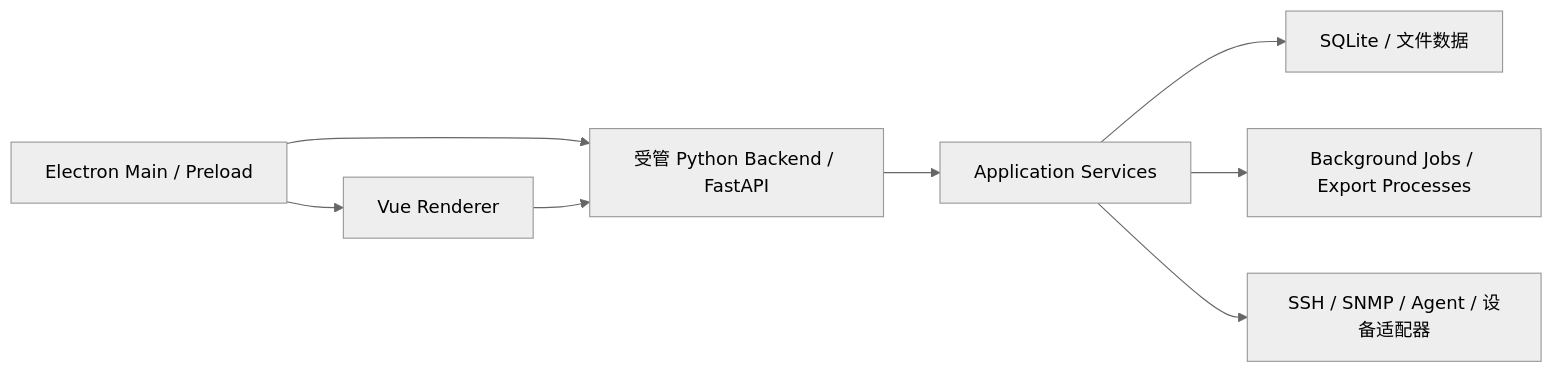
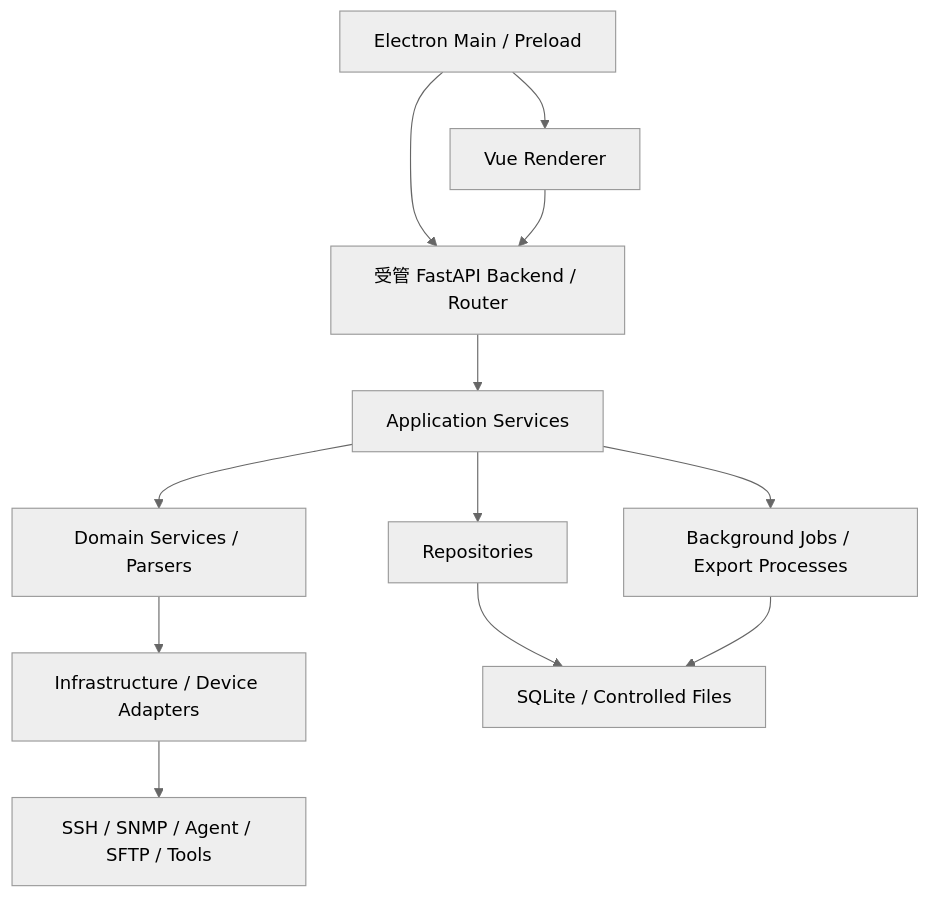
The diagram in README.md (wxj183589/NetConsole), drawn with Mermaid (neutral theme) before and after one commit. The commit also changed other lines of this file and 3 other files, not shown here.

````diff
--- a/README.md
+++ b/README.md
@@ -75,10 +75,14 @@
 ```mermaid
-flowchart LR
+flowchart TB
     E["Electron Main / Preload"] --> V["Vue Renderer"]
-    E --> B["受管 Python Backend / FastAPI"]
+    E --> B["受管 FastAPI Backend / Router"]
     V --> B
-    B --> S["Application Services"]
-    S --> R["SQLite / 文件数据"]
-    S --> J["Background Jobs / Export Processes"]
-    S --> D["SSH / SNMP / Agent / 设备适配器"]
+    B --> A["Application Services"]
+    A --> D["Domain Services / Parsers"]
+    A --> P["Repositories"]
+    A --> J["Background Jobs / Export Processes"]
+    D --> I["Infrastructure / Device Adapters"]
+    P --> S["SQLite / Controlled Files"]
+    J --> S
+    I --> X["SSH / SNMP / Agent / SFTP / Tools"]
 ```
````
